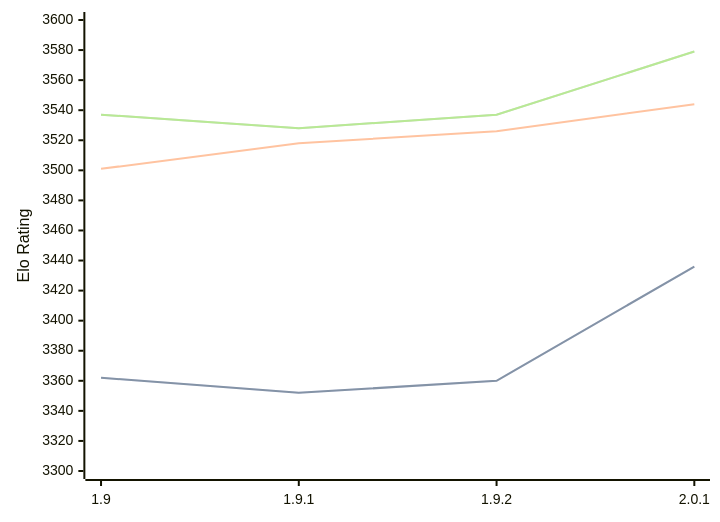
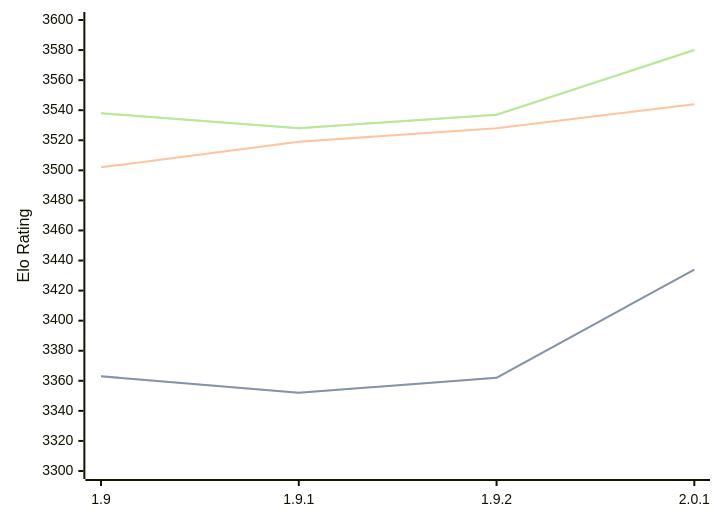
One commit to computer-chess-index/cci changed the diagram in engines/Pawnocchio.md. Above: the diagram before and after it, drawn with Mermaid. The commit also changed other lines of this file, not shown here.

Commit message:
Update CCI Ratings (ELO VLTC) - 2026-07-23

````diff
--- a/engines/Pawnocchio.md
+++ b/engines/Pawnocchio.md
@@ -50,11 +50,11 @@
 ```mermaid
 %%{init: {"theme":"base","themeVariables":{"seriesColors:['#a3a3a3','#222221','#faa371']}}}%%
 xychart-beta
   x-axis ["1.9", "1.9.1", "1.9.2", "2.0.1"]
   y-axis "Elo Rating" 3300 --> 3600
-  line "STC (8.0+0.08s)" [3362, 3352, 3360, 3436]
-  line "STC (8.0+0.08s)" [3362, 3352, 3360, 3436]
-  line "LTC (60.0+0.60s)" [3501, 3518, 3526, 3544]
-  line "VLTC (2m24s+1.12s)" [3537, 3528, 3537, 3579]
-  line "VLTC (2m24s+1.12s)" [3537, 3528, 3537, 3579]
+  line "STC (8.0+0.08s)" [3363, 3352, 3362, 3434]
+  line "STC (8.0+0.08s)" [3363, 3352, 3362, 3434]
+  line "LTC (60.0+0.60s)" [3502, 3519, 3528, 3544]
+  line "VLTC (2m24s+1.12s)" [3538, 3528, 3537, 3580]
+  line "VLTC (2m24s+1.12s)" [3538, 3528, 3537, 3580]
 ```
````
